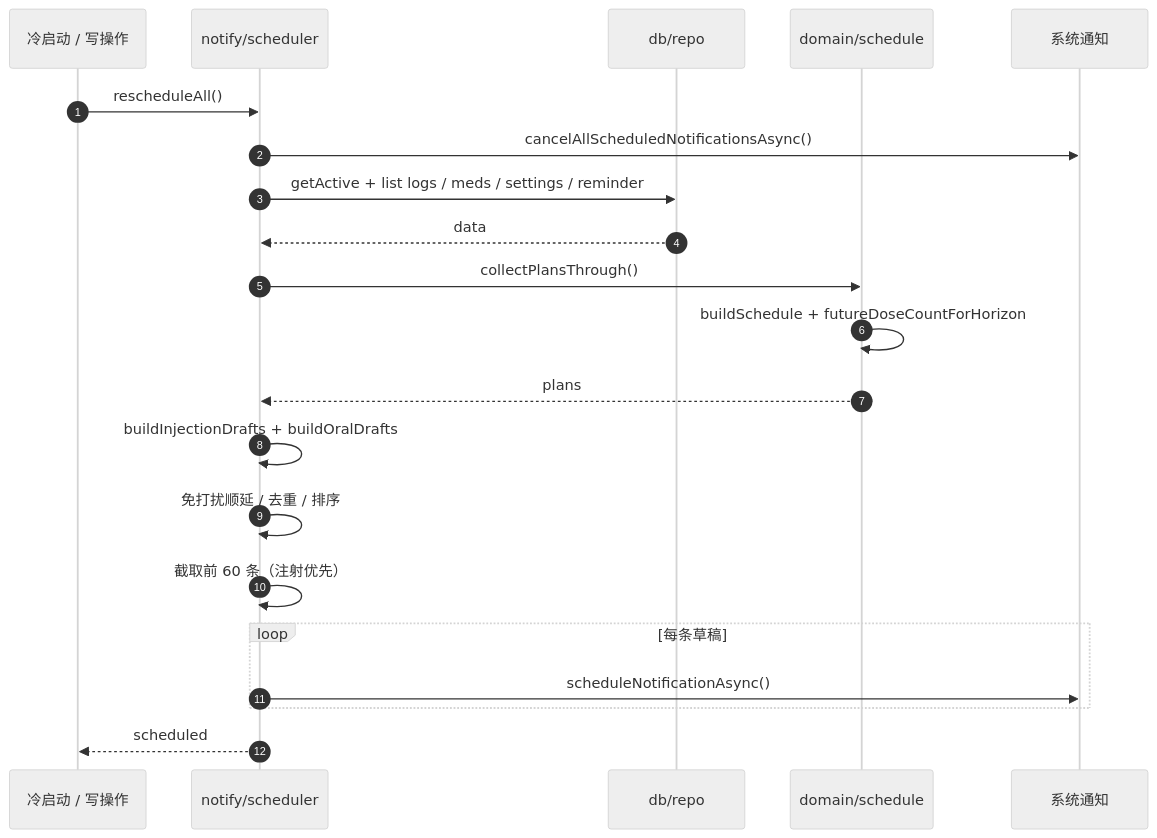
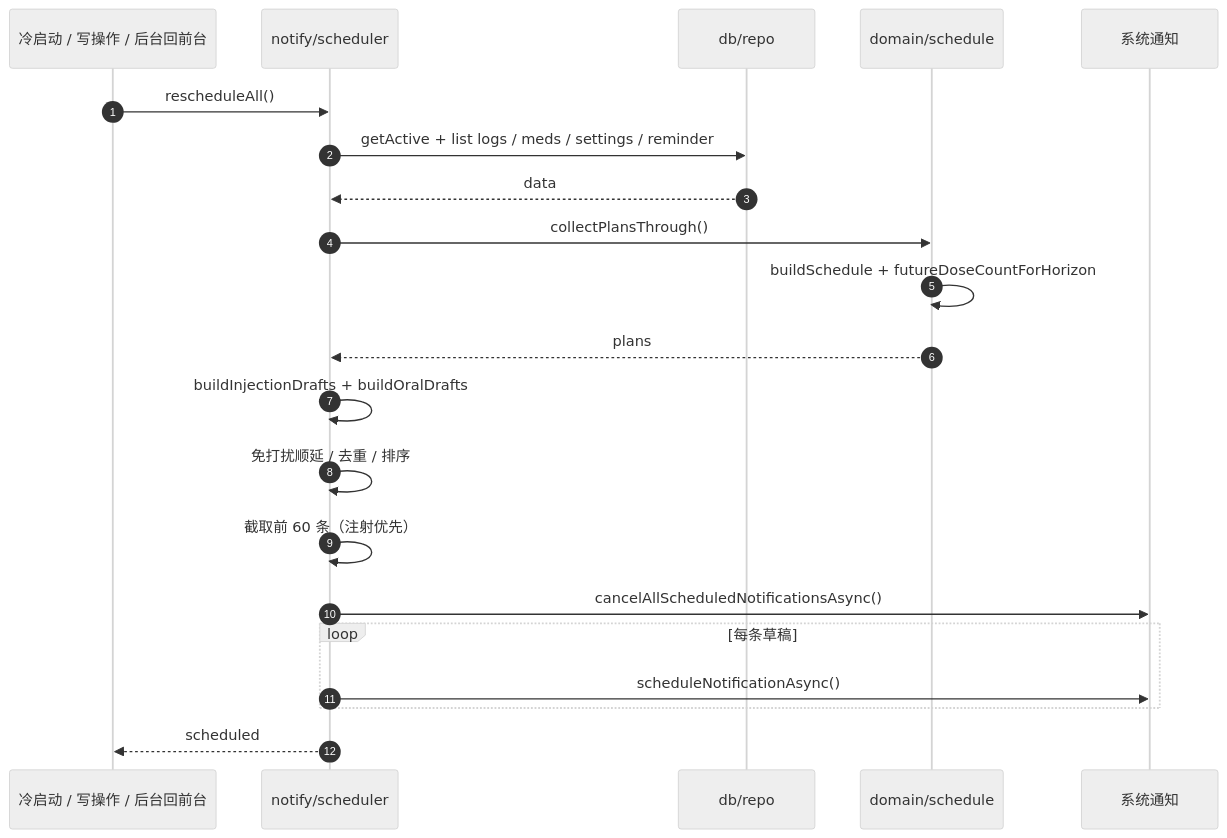
Before and after one commit to KongValley/bioclock-app: the ninth of 10 diagrams in docs/development.md, drawn with Mermaid (neutral theme). The commit also changed other lines of this file and 6 other files, not shown here.

````diff
--- a/docs/development.md
+++ b/docs/development.md
@@ -1329,24 +1331,24 @@
 ```mermaid
 sequenceDiagram
   autonumber
-  participant Trigger as 冷启动 / 写操作
+  participant Trigger as 冷启动 / 写操作 / 后台回前台
   participant Scheduler as notify/scheduler
   participant Repo as db/repo
   participant Domain as domain/schedule
   participant OS as 系统通知
 
   Trigger->>Scheduler: rescheduleAll()
-  Scheduler->>OS: cancelAllScheduledNotificationsAsync()
   Scheduler->>Repo: getActive + list logs / meds / settings / reminder
   Repo-->>Scheduler: data
   Scheduler->>Domain: collectPlansThrough()
   Domain->>Domain: buildSchedule + futureDoseCountForHorizon
   Domain-->>Scheduler: plans
   Scheduler->>Scheduler: buildInjectionDrafts + buildOralDrafts
   Scheduler->>Scheduler: 免打扰顺延 / 去重 / 排序
   Scheduler->>Scheduler: 截取前 60 条（注射优先）
+  Scheduler->>OS: cancelAllScheduledNotificationsAsync()
   loop 每条草稿
     Scheduler->>OS: scheduleNotificationAsync()
   end
   Scheduler-->>Trigger: scheduled
 ```
````
